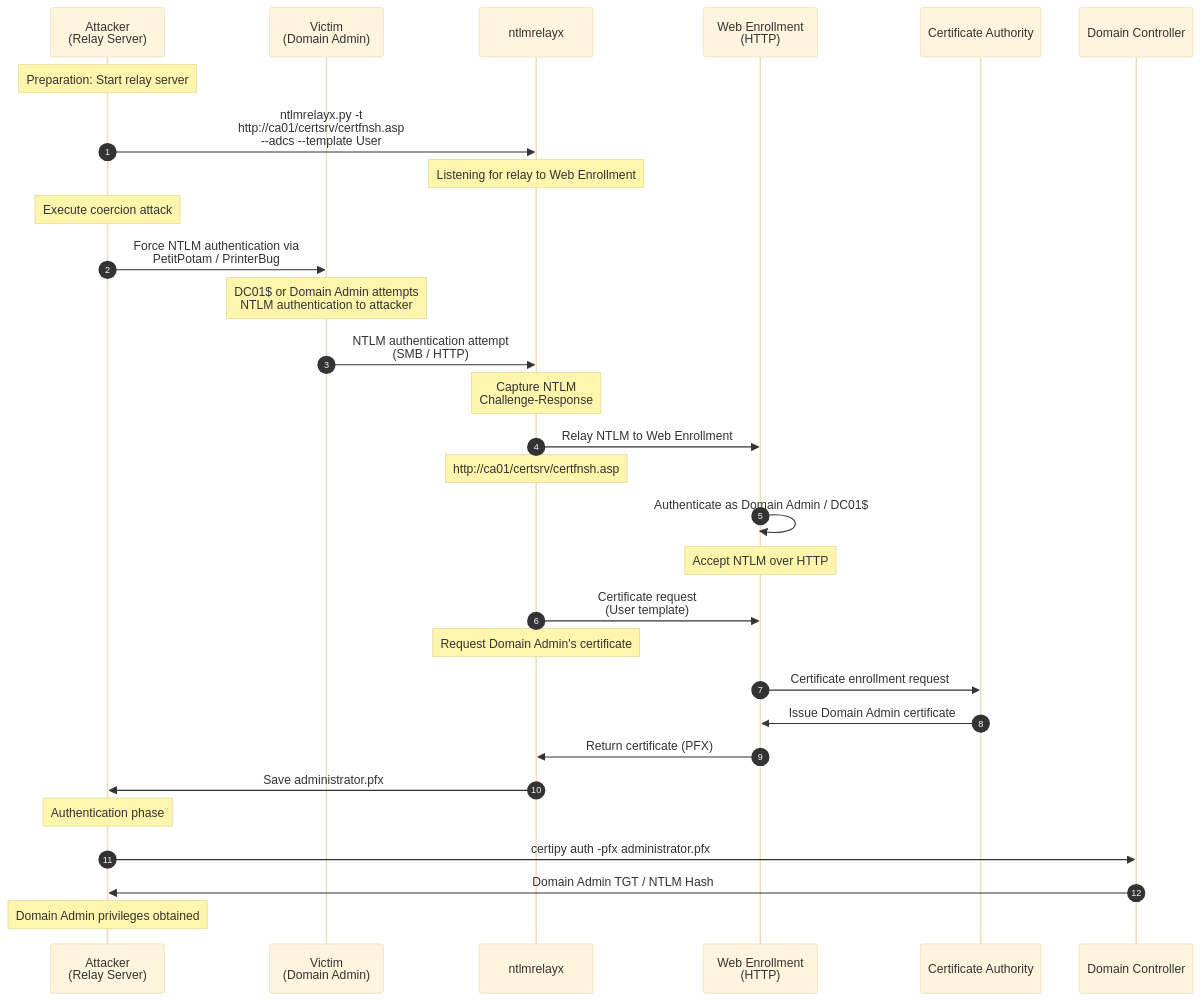
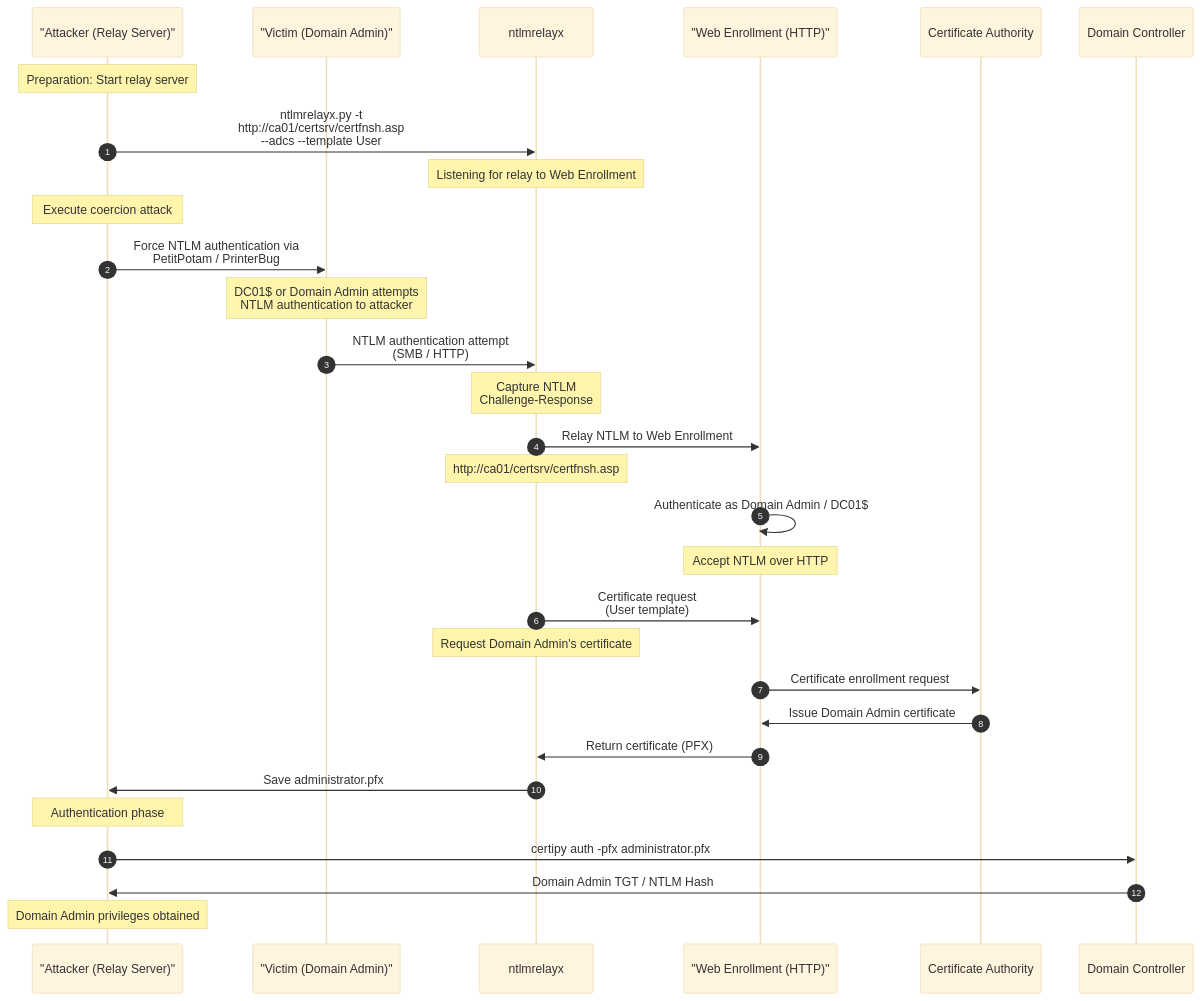
Before and after one commit to morimori-dev/morimori-dev.github.io: the eighth of 17 diagrams in _posts/2026-03-03-tech-adcs-esc-attack-guide.md, drawn with Mermaid (base theme). The commit also changed other lines of this file and 7 other files, not shown here.

First line of the commit message:
Fix Mermaid syntax errors in 8 posts

````diff
--- a/_posts/2026-03-03-tech-adcs-esc-attack-guide.md
+++ b/_posts/2026-03-03-tech-adcs-esc-attack-guide.md
@@ -759,48 +759,48 @@
 ```mermaid
 sequenceDiagram
     autonumber
-    participant A as Attacker<br/>(Relay Server)
-    participant V as Victim<br/>(Domain Admin)
+    participant A as "Attacker (Relay Server)"
+    participant V as "Victim (Domain Admin)"
     participant R as ntlmrelayx
-    participant W as Web Enrollment<br/>(HTTP)
+    participant W as "Web Enrollment (HTTP)"
     participant CA as Certificate Authority
     participant DC as Domain Controller
 
     Note over A: Preparation: Start relay server
 
     A->>R: ntlmrelayx.py -t<br/>http://ca01/certsrv/certfnsh.asp<br/>--adcs --template User
 
     Note over R: Listening for relay to Web Enrollment
 
     Note over A: Execute coercion attack
 
     A->>V: Force NTLM authentication via<br/>PetitPotam / PrinterBug
 
     Note over V: DC01$ or Domain Admin attempts<br/>NTLM authentication to attacker
 
     V->>R: NTLM authentication attempt<br/>(SMB / HTTP)
 
     Note over R: Capture NTLM<br/>Challenge-Response
 
     R->>W: Relay NTLM to Web Enrollment
     Note over R: http://ca01/certsrv/certfnsh.asp
 
     W->>W: Authenticate as Domain Admin / DC01$
     Note over W: Accept NTLM over HTTP
 
     R->>W: Certificate request<br/>(User template)
     Note over R: Request Domain Admin's certificate
 
     W->>CA: Certificate enrollment request
     CA->>W: Issue Domain Admin certificate
     W->>R: Return certificate (PFX)
 
     R->>A: Save administrator.pfx
 
     Note over A: Authentication phase
 
     A->>DC: certipy auth -pfx administrator.pfx
     DC->>A: Domain Admin TGT / NTLM Hash
 
     Note over A: Domain Admin privileges obtained
 ```
````
